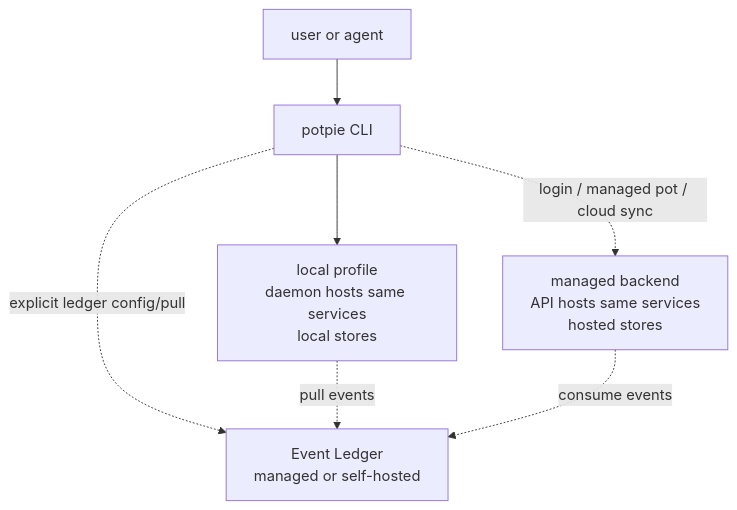
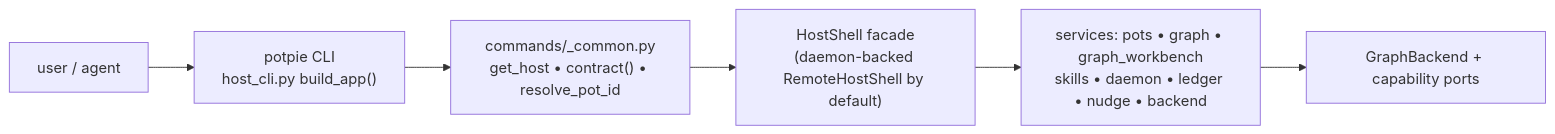
The first of 2 diagrams in docs/context-graph/cli-flow.md (potpie-ai/potpie), drawn with Mermaid before and after one commit. The commit also changed other lines of this file and 15 other files, not shown here.

First line of the commit message:
Refresh Context Graph docs (#962)

````diff
--- a/docs/context-graph/cli-flow.md
+++ b/docs/context-graph/cli-flow.md
@@ -13,15 +24,11 @@
 ```mermaid
-flowchart TB
-  cg_user["user or agent"]
-  cg_cli["potpie CLI"]
-  cg_local_profile["local profile<br/>daemon hosts same services<br/>local stores"]
-  cg_managed_profile["managed backend<br/>API hosts same services<br/>hosted stores"]
-  cg_ledger["Event Ledger<br/>managed or self-hosted"]
+flowchart LR
+  cf_user["user / agent"]
+  cf_cli["potpie CLI<br/>host_cli.py build_app()"]
+  cf_common["commands/_common.py<br/>get_host • contract() • resolve_pot_id"]
+  cf_shell["HostShell facade<br/>(daemon-backed RemoteHostShell by default)"]
+  cf_svc["services: pots • graph • graph_workbench<br/>skills • daemon • ledger • nudge • backend"]
+  cf_ports["GraphBackend + capability ports"]
 
-  cg_user --> cg_cli
-  cg_cli --> cg_local_profile
-  cg_cli -. "login / managed pot / cloud sync" .-> cg_managed_profile
-  cg_cli -. "explicit ledger config/pull" .-> cg_ledger
-  cg_local_profile -. "pull events" .-> cg_ledger
-  cg_managed_profile -. "consume events" .-> cg_ledger
+  cf_user --> cf_cli --> cf_common --> cf_shell --> cf_svc --> cf_ports
 ```
````
